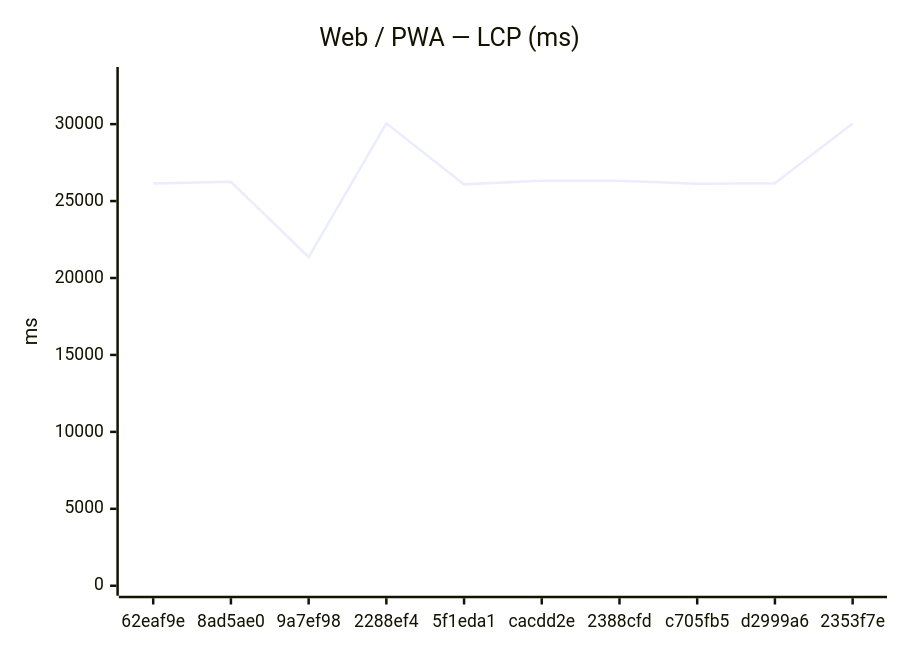
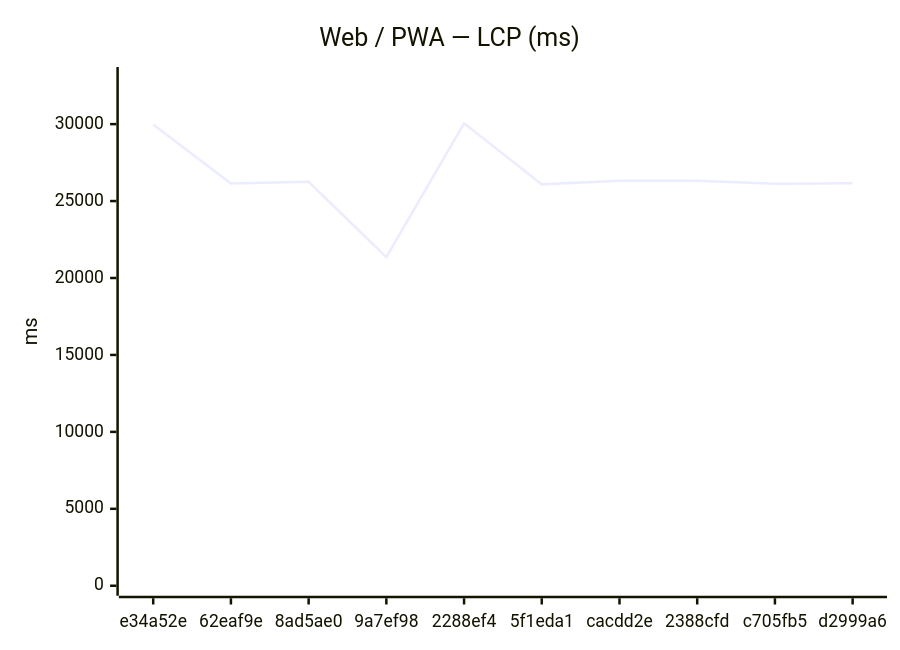
The first of 12 diagrams in benchmarks/compare.md (Metaheurist/Rianell), drawn with Mermaid before and after one commit. The commit also changed other lines of this file and 8 other files, not shown here.

````diff
--- a/benchmarks/compare.md
+++ b/benchmarks/compare.md
@@ -24,7 +24,7 @@
 ```mermaid
 xychart-beta
     title "Web / PWA — LCP (ms)"
-    x-axis ["62eaf9e", "8ad5ae0", "9a7ef98", "2288ef4", "5f1eda1", "cacdd2e", "2388cfd", "c705fb5", "d2999a6", "2353f7e"]
+    x-axis ["e34a52e", "62eaf9e", "8ad5ae0", "9a7ef98", "2288ef4", "5f1eda1", "cacdd2e", "2388cfd", "c705fb5", "d2999a6"]
     y-axis "ms" 0 --> 33062
-    line [26139, 26251, 21355, 30056, 26085, 26327, 26326, 26120, 26164, 30047]
+    line [29974, 26139, 26251, 21355, 30056, 26085, 26327, 26326, 26120, 26164]
 ```
````
